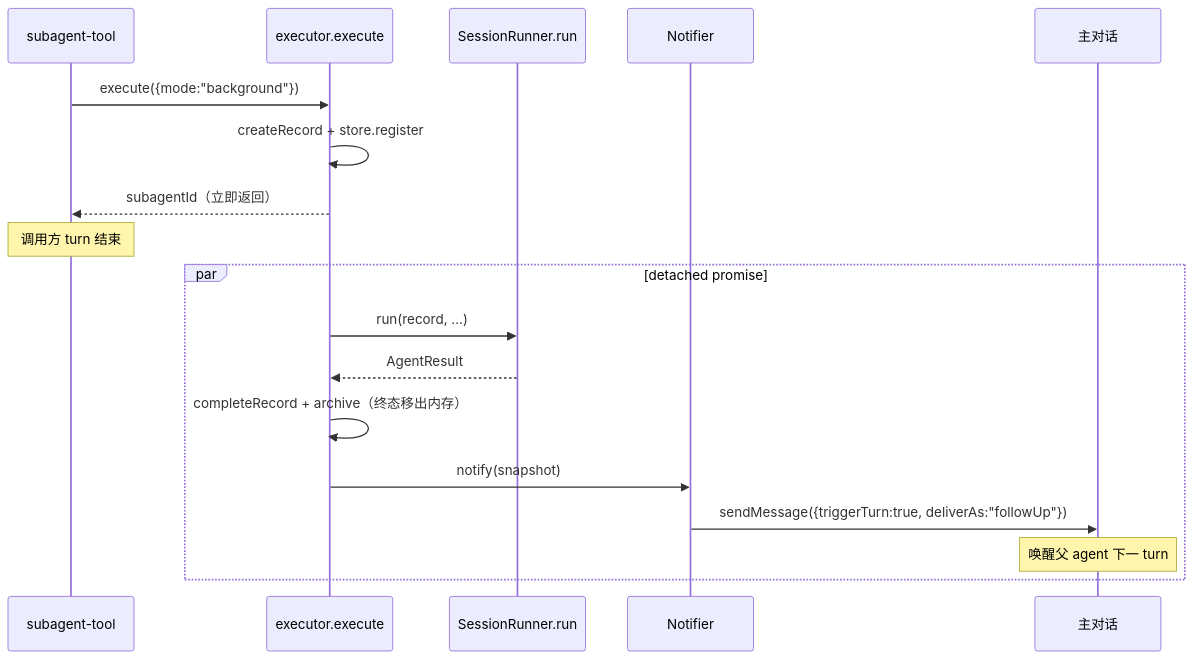
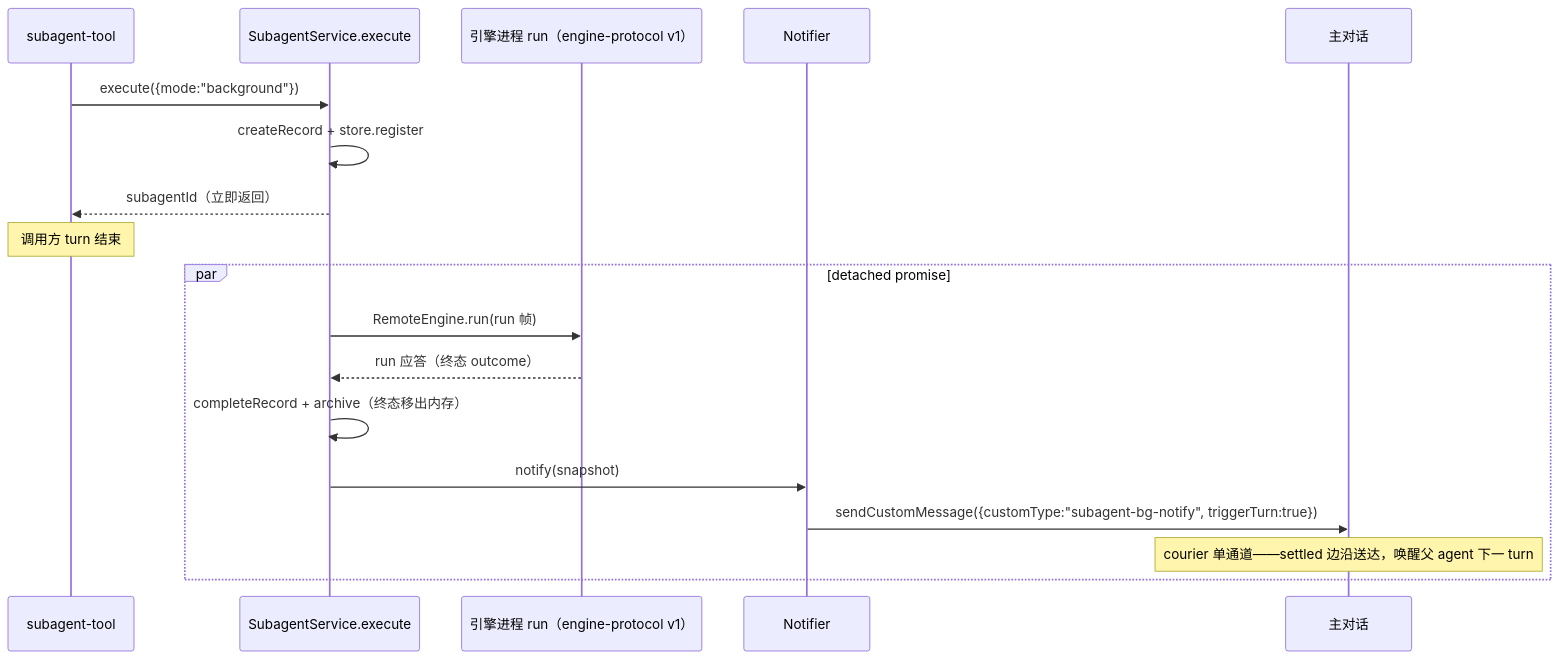
One commit to zhushanwen321/xyz-agent changed the second of 3 diagrams in docs/extensions/subagents/execution-flow.md. Above: the diagram before and after it, drawn with Mermaid. The commit also changed other lines of this file and 18 other files, not shown here.

````diff
--- a/docs/extensions/subagents/execution-flow.md
+++ b/docs/extensions/subagents/execution-flow.md
@@ -85,22 +83,22 @@
 ```mermaid
 sequenceDiagram
     participant Tool as subagent-tool
-    participant Exec as executor.execute
-    participant Run as SessionRunner.run
+    participant Exec as SubagentService.execute
+    participant Run as 引擎进程 run（engine-protocol v1）
     participant Notifier
     participant Main as 主对话
 
     Tool->>Exec: execute({mode:"background"})
     Exec->>Exec: createRecord + store.register
     Exec-->>Tool: subagentId（立即返回）
     Note over Tool: 调用方 turn 结束
 
     par detached promise
-        Exec->>Run: run(record, ...)
-        Run-->>Exec: AgentResult
+        Exec->>Run: RemoteEngine.run(run 帧)
+        Run-->>Exec: run 应答（终态 outcome）
         Exec->>Exec: completeRecord + archive（终态移出内存）
         Exec->>Notifier: notify(snapshot)
-        Notifier->>Main: sendMessage({triggerTurn:true, deliverAs:"followUp"})
-        Note over Main: 唤醒父 agent 下一 turn
+        Notifier->>Main: sendCustomMessage({customType:"subagent-bg-notify", triggerTurn:true})
+        Note over Main: courier 单通道——settled 边沿送达，唤醒父 agent 下一 turn
     end
 ```
````
